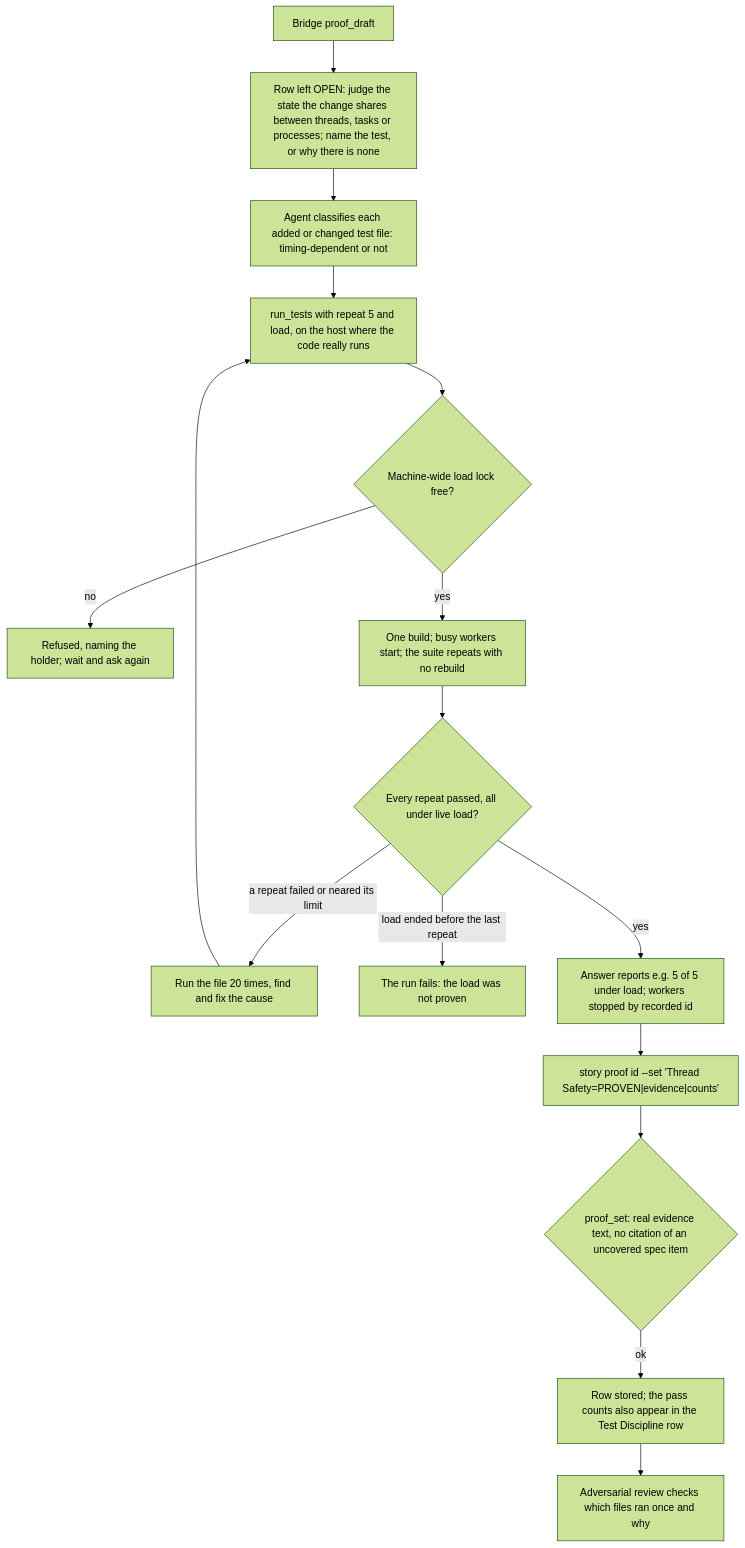
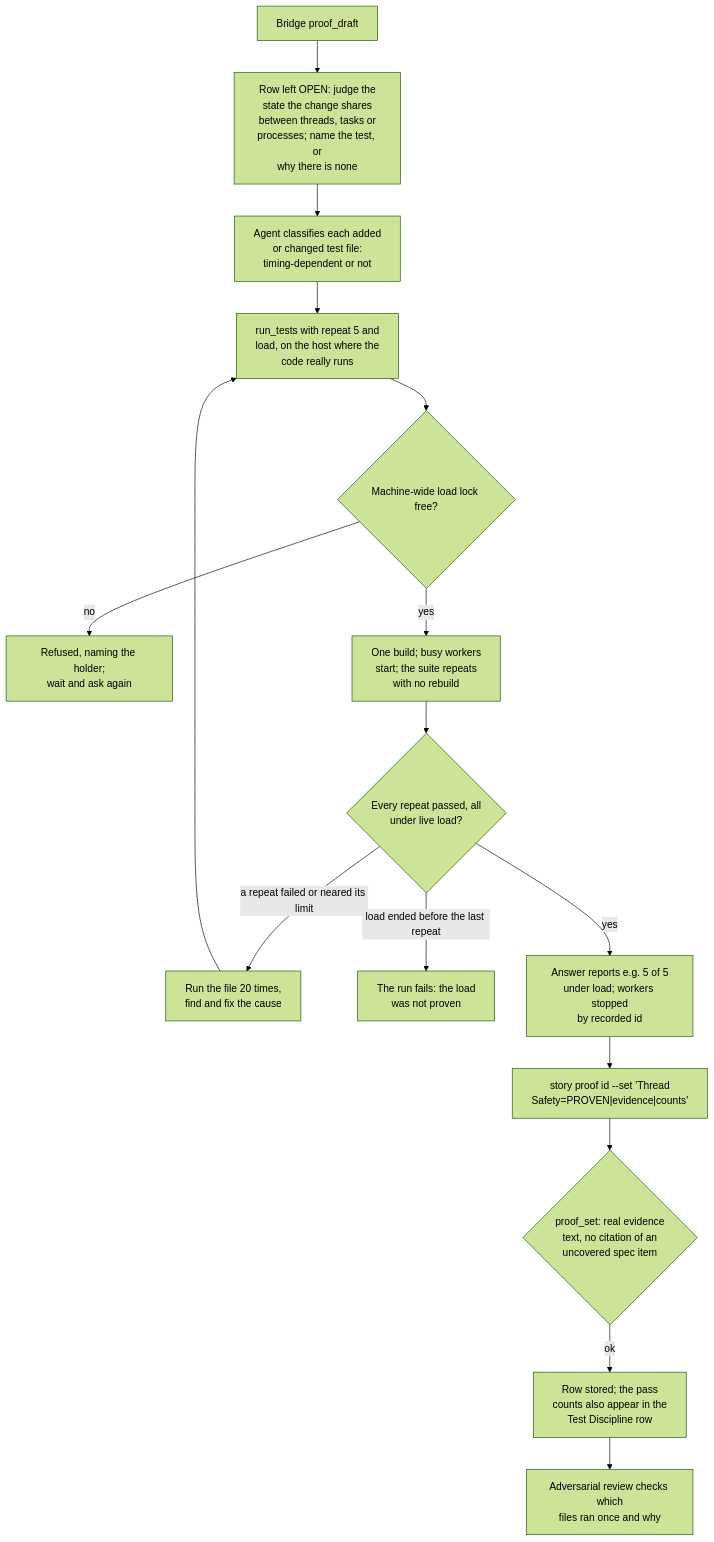
One commit to DogmaSolutions/Kyklos changed the diagram in docs/PROOF_DIMENSION_THREAD_SAFETY.md. Above: the diagram before and after it, drawn with Mermaid (forest theme). The commit also changed 38 other files, not shown here.

````diff
--- a/docs/PROOF_DIMENSION_THREAD_SAFETY.md
+++ b/docs/PROOF_DIMENSION_THREAD_SAFETY.md
@@ -35,18 +35,18 @@
 ```mermaid
 flowchart TD
-    A["Bridge proof_draft"] --> B["Row left OPEN: judge the state the change shares between threads, tasks or processes; name the test, or why there is none"]
-    B --> C["Agent classifies each added or changed test file: timing-dependent or not"]
-    C --> D["run_tests with repeat 5 and load, on the host where the code really runs"]
+    A["Bridge proof_draft"] --> B["Row left OPEN: judge the<br/>state the change shares<br/>between threads, tasks or<br/>processes; name the test, or<br/>why there is none"]
+    B --> C["Agent classifies each added<br/>or changed test file:<br/>timing-dependent or not"]
+    C --> D["run_tests with repeat 5 and<br/>load, on the host where the<br/>code really runs"]
     D --> L{"Machine-wide load lock free?"}
-    L -->|"no"| X1["Refused, naming the holder; wait and ask again"]
-    L -->|"yes"| E["One build; busy workers start; the suite repeats with no rebuild"]
-    E --> F{"Every repeat passed, all under live load?"}
-    F -->|"a repeat failed or neared its limit"| G["Run the file 20 times, find and fix the cause"]
+    L -->|"no"| X1["Refused, naming the holder;<br/>wait and ask again"]
+    L -->|"yes"| E["One build; busy workers<br/>start; the suite repeats<br/>with no rebuild"]
+    E --> F{"Every repeat passed, all<br/>under live load?"}
+    F -->|"a repeat failed or neared its limit"| G["Run the file 20 times,<br/>find and fix the cause"]
     G --> D
-    F -->|"load ended before the last repeat"| X2["The run fails: the load was not proven"]
-    F -->|"yes"| H["Answer reports e.g. 5 of 5 under load; workers stopped by recorded id"]
-    H --> I["story proof id --set 'Thread Safety=PROVEN|evidence|counts'"]
-    I --> J{"proof_set: real evidence text, no citation of an uncovered spec item"}
-    J -->|"ok"| S["Row stored; the pass counts also appear in the Test Discipline row"]
-    S --> R["Adversarial review checks which files ran once and why"]
+    F -->|"load ended before the last repeat"| X2["The run fails: the load<br/>was not proven"]
+    F -->|"yes"| H["Answer reports e.g. 5 of 5<br/>under load; workers stopped<br/>by recorded id"]
+    H --> I["story proof id --set 'Thread<br/>Safety=PROVEN|evidence|counts'"]
+    I --> J{"proof_set: real evidence<br/>text, no citation of an<br/>uncovered spec item"}
+    J -->|"ok"| S["Row stored; the pass<br/>counts also appear in the<br/>Test Discipline row"]
+    S --> R["Adversarial review checks which<br/>files ran once and why"]
 ```
````
